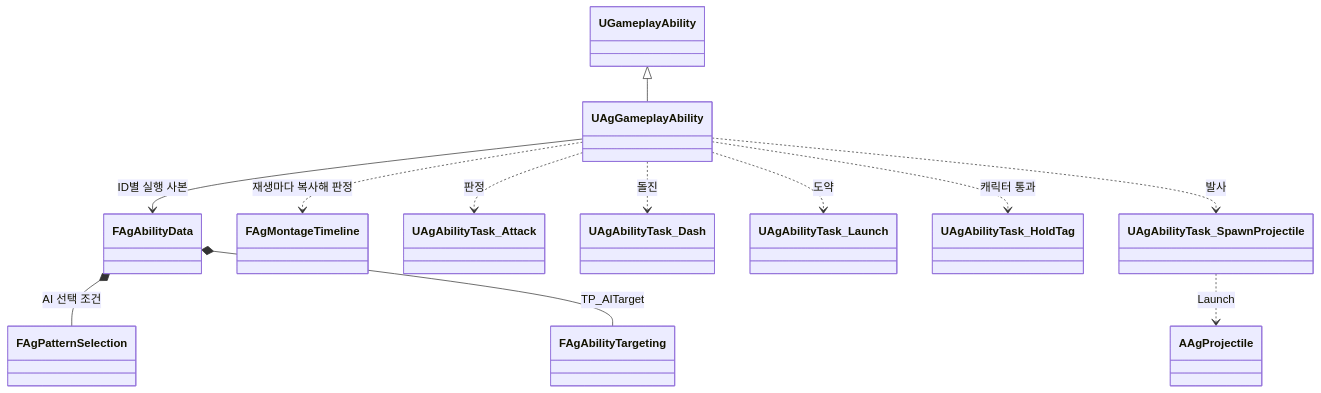
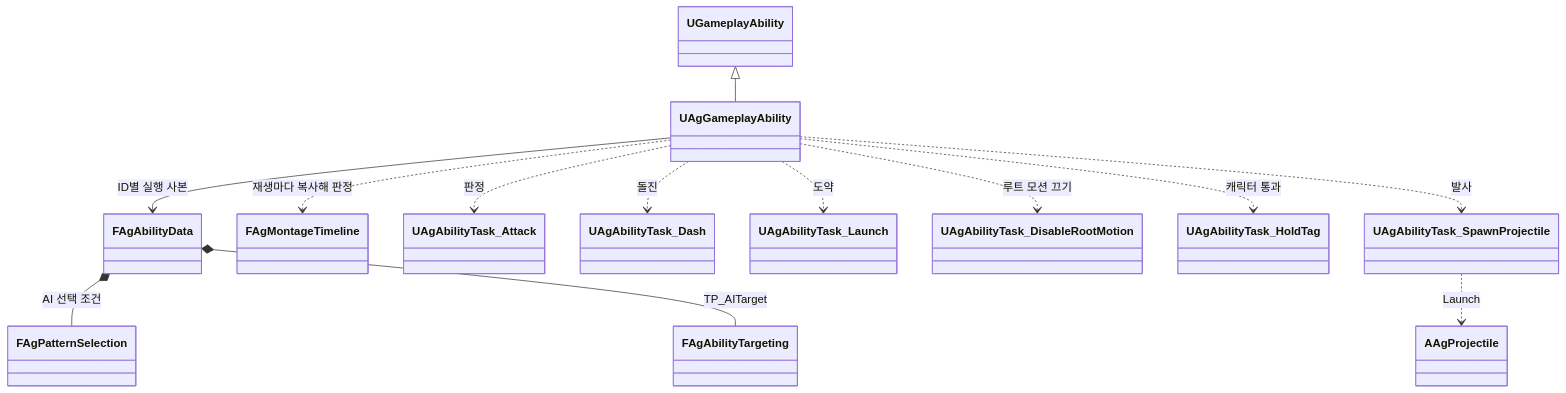
The second of 3 diagrams in Docs/Program/보스.md (Woogl/Ag), drawn with Mermaid before and after one commit. The commit also changed 13 other files, not shown here.

First line of the commit message:
구현: 루트 모션 끄기를 시간표의 DisableRootMotion Task로 옮김

````diff
--- a/Docs/Program/보스.md
+++ b/Docs/Program/보스.md
@@ -84,14 +84,15 @@
 ```mermaid
 classDiagram
     UGameplayAbility <|-- UAgGameplayAbility
     UAgGameplayAbility --> FAgAbilityData : ID별 실행 사본
     FAgAbilityData *-- FAgPatternSelection : AI 선택 조건
     FAgAbilityData *-- FAgAbilityTargeting : TP_AITarget
     UAgGameplayAbility ..> FAgMontageTimeline : 재생마다 복사해 판정
     UAgGameplayAbility ..> UAgAbilityTask_Attack : 판정
     UAgGameplayAbility ..> UAgAbilityTask_Dash : 돌진
     UAgGameplayAbility ..> UAgAbilityTask_Launch : 도약
+    UAgGameplayAbility ..> UAgAbilityTask_DisableRootMotion : 루트 모션 끄기
     UAgGameplayAbility ..> UAgAbilityTask_HoldTag : 캐릭터 통과
     UAgGameplayAbility ..> UAgAbilityTask_SpawnProjectile : 발사
     UAgAbilityTask_SpawnProjectile ..> AAgProjectile : Launch
 ```
````
